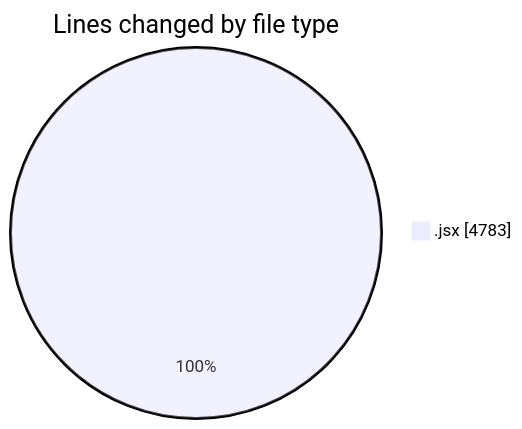
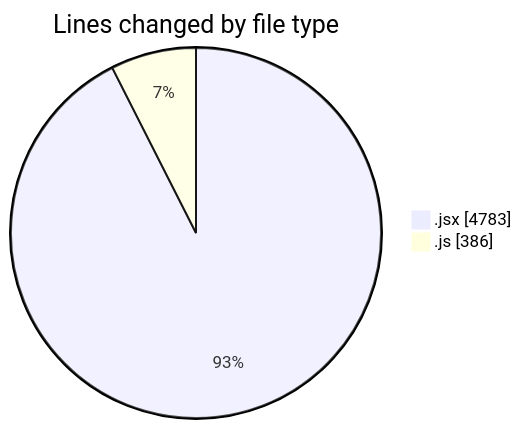
Before and after one commit to nxtqubesakshisongat/code-tracking: the first of 2 diagrams in 2025-10-14/nxtqube_webapp/README.md, drawn with Mermaid. The commit also changed other lines of this file and 1 other file, not shown here.

````diff
--- a/2025-10-14/nxtqube_webapp/README.md
+++ b/2025-10-14/nxtqube_webapp/README.md
@@ -21,5 +22,6 @@
 ```mermaid
 pie showData
 title Lines changed by file type
 ".jsx" : 4783
+".js" : 386
 ```
````
